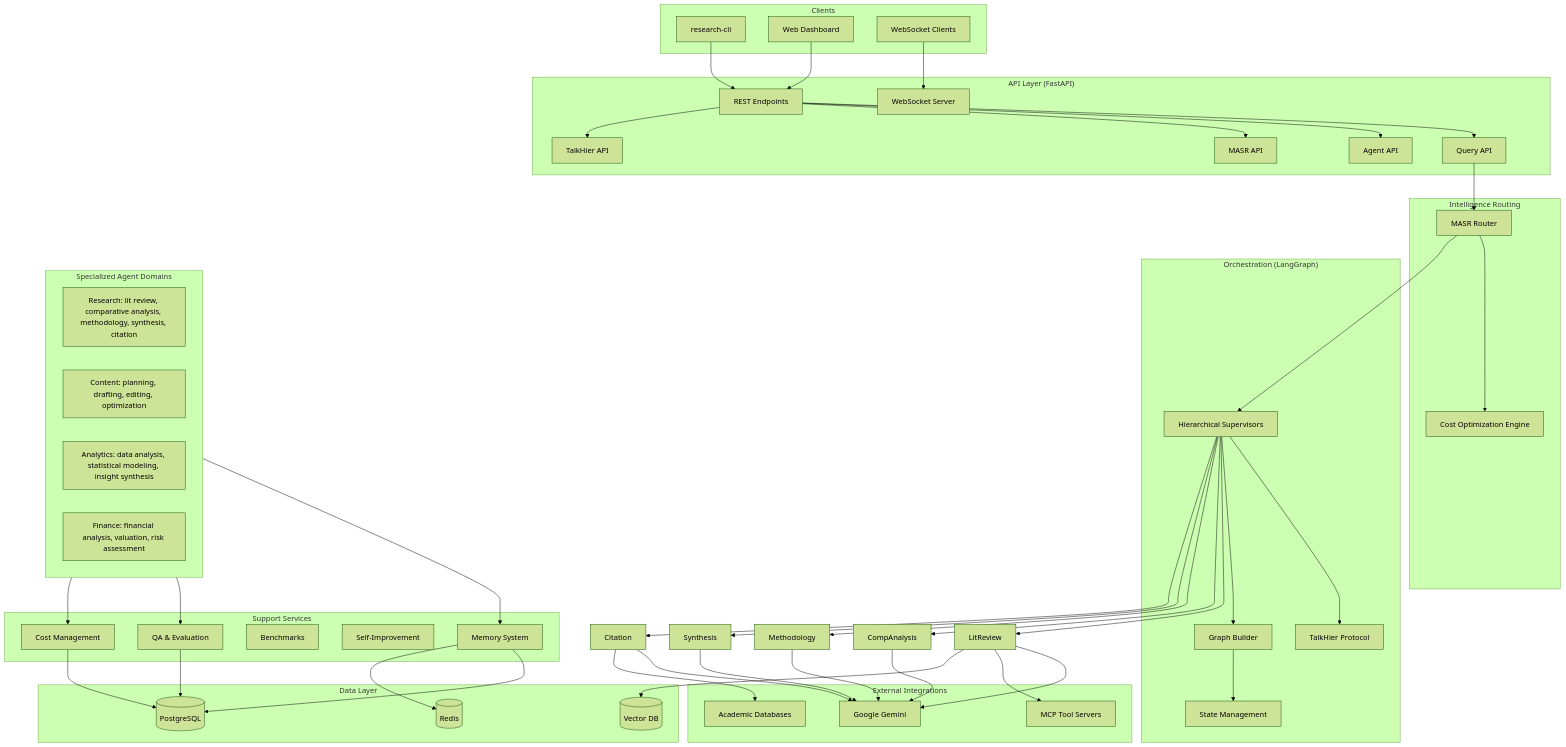
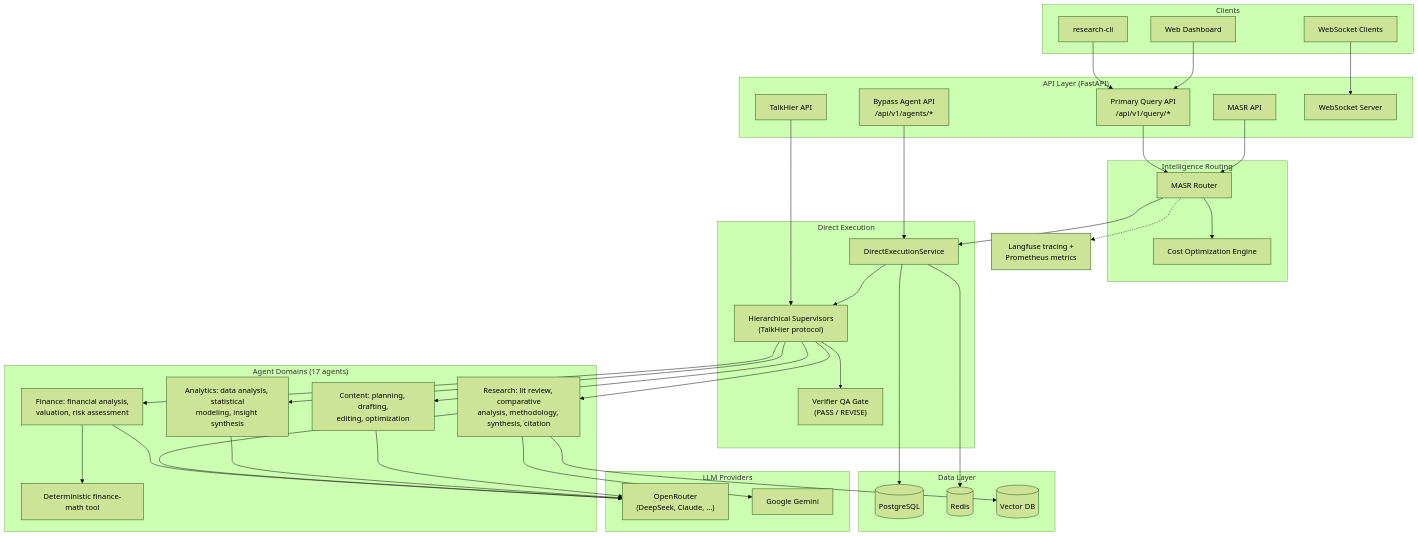
The first of 2 diagrams in README.md (jsogarro/cerebro), drawn with Mermaid (forest theme) before and after one commit. The commit also changed other lines of this file and 1 other file, not shown here.

First line of the commit message:
docs: refresh README for financial research focus; fix mermaid syntax

````diff
--- a/README.md
+++ b/README.md
@@ -311,98 +178,78 @@
 ```mermaid
 graph TB
     subgraph Clients
-        CLI[research-cli]
-        Web[Web Dashboard]
-        WS[WebSocket Clients]
+        CLI["research-cli"]
+        Web["Web Dashboard"]
+        WS["WebSocket Clients"]
     end
 
     subgraph API["API Layer (FastAPI)"]
-        REST[REST Endpoints]
-        WSS[WebSocket Server]
-        QueryAPI[Query API]
-        AgentAPI[Agent API]
-        MASRAPI[MASR API]
-        TalkHierAPI[TalkHier API]
+        Primary["Primary Query API<br/>/api/v1/query/*"]
+        Bypass["Bypass Agent API<br/>/api/v1/agents/*"]
+        MASRAPI["MASR API"]
+        TalkHierAPI["TalkHier API"]
+        WSS["WebSocket Server"]
     end
 
     subgraph Routing["Intelligence Routing"]
-        MASR[MASR Router]
-        CostOpt[Cost Optimization Engine]
+        MASR["MASR Router"]
+        CostOpt["Cost Optimization Engine"]
     end
 
-    subgraph Orchestration["Orchestration (LangGraph)"]
-        Graph[Graph Builder]
-        State[State Management]
-        Supervisors[Hierarchical Supervisors]
-        TalkHier[TalkHier Protocol]
+    subgraph Execution["Direct Execution"]
+        DES["DirectExecutionService"]
+        Supervisors["Hierarchical Supervisors<br/>(TalkHier protocol)"]
+        Verifier["Verifier QA Gate<br/>(PASS / REVISE)"]
     end
 
-    subgraph Agents["Specialized Agent Domains"]
-        Research[Research: lit review, comparative analysis, methodology, synthesis, citation]
-        Content[Content: planning, drafting, editing, optimization]
-        Analytics[Analytics: data analysis, statistical modeling, insight synthesis]
-        Finance[Finance: financial analysis, valuation, risk assessment]
+    subgraph Agents["Agent Domains (17 agents)"]
+        Finance["Finance: financial analysis,<br/>valuation, risk assessment"]
+        Research["Research: lit review, comparative<br/>analysis, methodology, synthesis, citation"]
+        Analytics["Analytics: data analysis, statistical<br/>modeling, insight synthesis"]
+        Content["Content: planning, drafting,<br/>editing, optimization"]
+        FinMath["Deterministic finance-math tool"]
     end
 
-    subgraph Services["Support Services"]
-        Memory[Memory System]
-        QA[QA & Evaluation]
-        Benchmarks[Benchmarks]
-        Improvement[Self-Improvement]
-        Costs[Cost Management]
+    subgraph Providers["LLM Providers"]
+        OpenRouter["OpenRouter<br/>(DeepSeek, Claude, ...)"]
+        Gemini["Google Gemini"]
     end
 
     subgraph Data["Data Layer"]
-        PG[(PostgreSQL)]
-        Redis[(Redis)]
-        VectorDB[(Vector DB)]
+        PG[("PostgreSQL")]
+        Redis[("Redis")]
+        VectorDB[("Vector DB")]
     end
 
-    subgraph External["External Integrations"]
-        Gemini[Google Gemini]
-        MCP[MCP Tool Servers]
-        AcademicDB[Academic Databases]
-    end
+    Obs["Langfuse tracing +<br/>Prometheus metrics"]
 
-    CLI --> REST
-    Web --> REST
+    CLI --> Primary
+    Web --> Primary
     WS --> WSS
+    Primary --> MASR
+    Bypass --> DES
+    MASRAPI --> MASR
+    TalkHierAPI --> Supervisors
 
-    REST --> QueryAPI
-    REST --> AgentAPI
-    REST --> MASRAPI
-    REST --> TalkHierAPI
+    MASR --> CostOpt
+    MASR --> DES
+    DES --> Supervisors
+    Supervisors --> Verifier
 
-    QueryAPI --> MASR
-    MASR --> CostOpt
-    MASR --> Supervisors
+    Supervisors --> Finance
+    Supervisors --> Research
+    Supervisors --> Analytics
+    Supervisors --> Content
+    Finance --> FinMath
 
-    Supervisors --> TalkHier
-    Supervisors --> Graph
-    Graph --> State
+    Finance --> OpenRouter
+    Research --> OpenRouter
+    Analytics --> OpenRouter
+    Content --> OpenRouter
+    Research --> Gemini
 
-    Supervisors --> LitReview
-    Supervisors --> CompAnalysis
-    Supervisors --> Methodology
-    Supervisors --> Synthesis
-    Supervisors --> Citation
-
-    LitReview --> Gemini
-    CompAnalysis --> Gemini
-    Methodology --> Gemini
-    Synthesis --> Gemini
-    Citation --> Gemini
-
-    LitReview --> MCP
-    Citation --> AcademicDB
-
-    Agents --> Memory
-    Agents --> QA
-    Agents --> Costs
-
-    Memory --> PG
-    Memory --> Redis
-    QA --> PG
-    Costs --> PG
-    LitReview --> VectorDB
+    DES --> PG
+    DES --> Redis
+    Research --> VectorDB
+    MASR -.-> Obs
 ```
````
